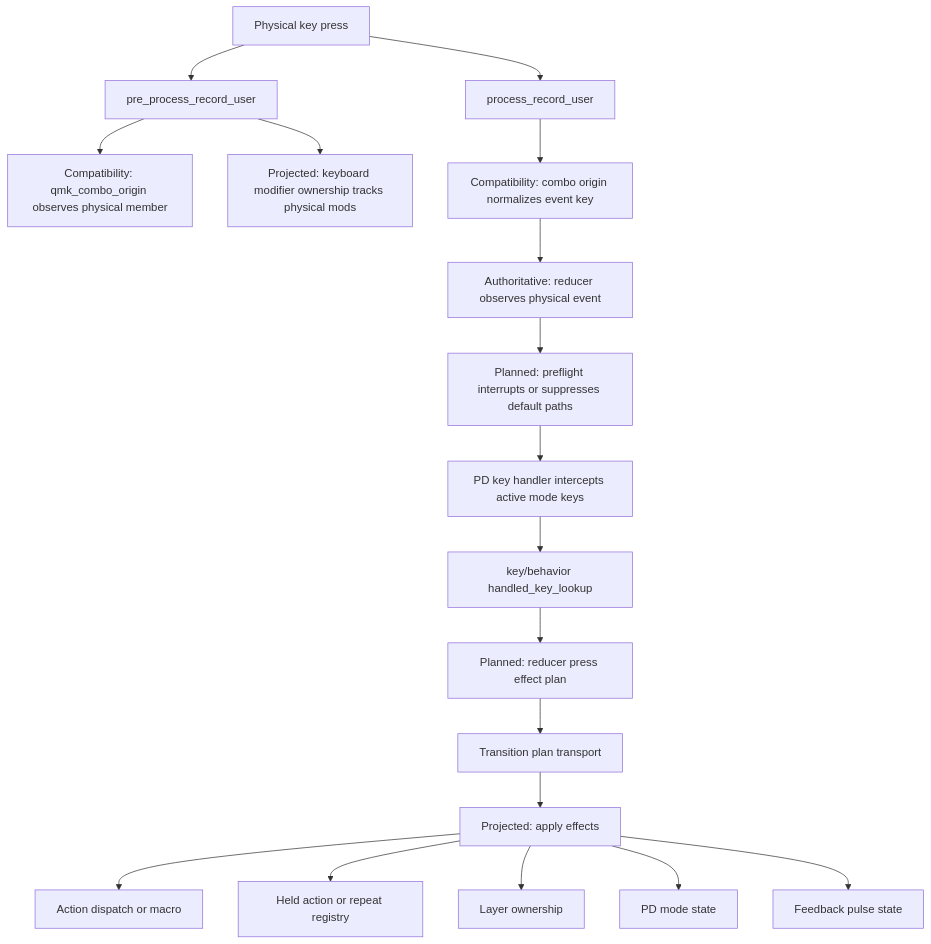
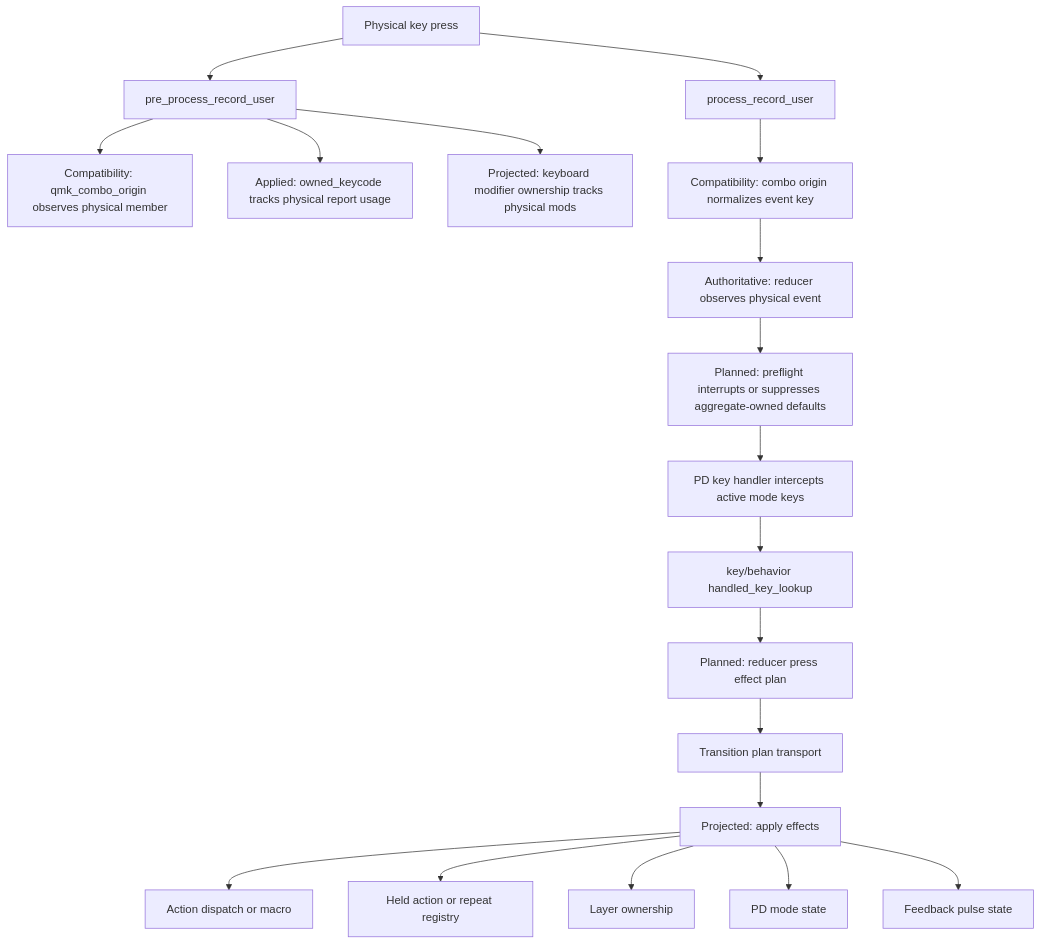
The second of 10 diagrams in docs/architecture/runtime-flow.md (NoahCLR/charybdis-4x6), drawn with Mermaid before and after one commit. The commit also changed 35 other files, not shown here.

First line of the commit message:
Make synthetic key ownership aggregate-safe

````diff
--- a/docs/architecture/runtime-flow.md
+++ b/docs/architecture/runtime-flow.md
@@ -33,20 +33,21 @@
 ```mermaid
 flowchart TD
     physical["Physical key press"] --> pre_user["pre_process_record_user"]
     pre_user --> origin["Compatibility: qmk_combo_origin observes physical member"]
+    pre_user --> key_track["Applied: owned_keycode tracks physical report usage"]
     pre_user --> mod_track["Projected: keyboard modifier ownership tracks physical mods"]
     physical --> process_user["process_record_user"]
     process_user --> normalize["Compatibility: combo origin normalizes event key"]
     normalize --> observe["Authoritative: reducer observes physical event"]
-    observe --> preflight["Planned: preflight interrupts or suppresses default paths"]
+    observe --> preflight["Planned: preflight interrupts or suppresses aggregate-owned defaults"]
     preflight --> pd_handler["PD key handler intercepts active mode keys"]
     pd_handler --> lookup["key/behavior handled_key_lookup"]
     lookup --> press_plan["Planned: reducer press effect plan"]
     press_plan --> transition["Transition plan transport"]
     transition --> projection["Projected: apply effects"]
     projection --> action["Action dispatch or macro"]
     projection --> held["Held action or repeat registry"]
     projection --> layer["Layer ownership"]
     projection --> pd["PD mode state"]
     projection --> feedback["Feedback pulse state"]
 ```
````
